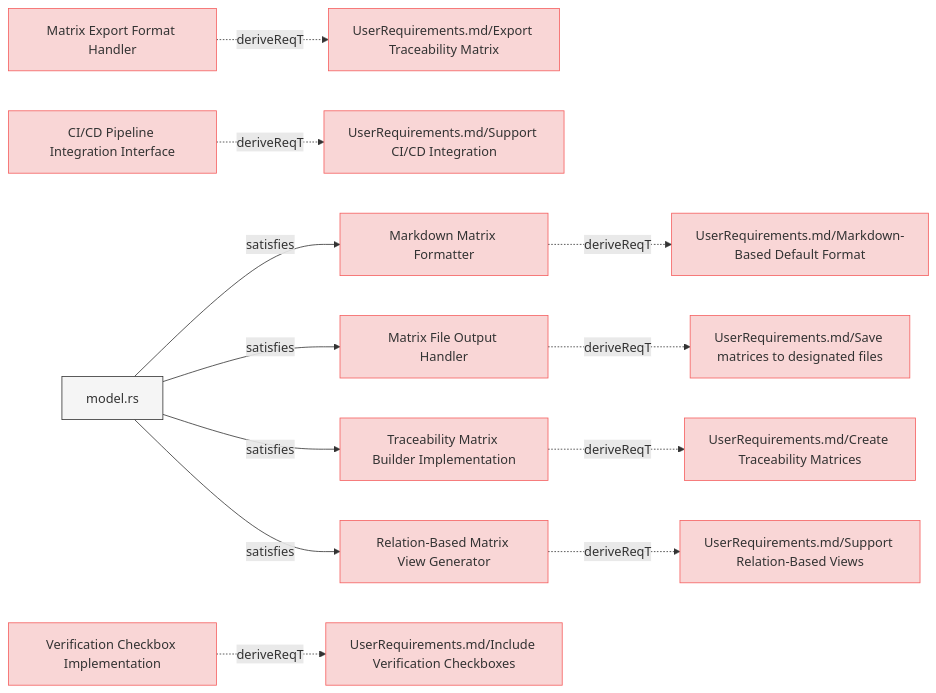
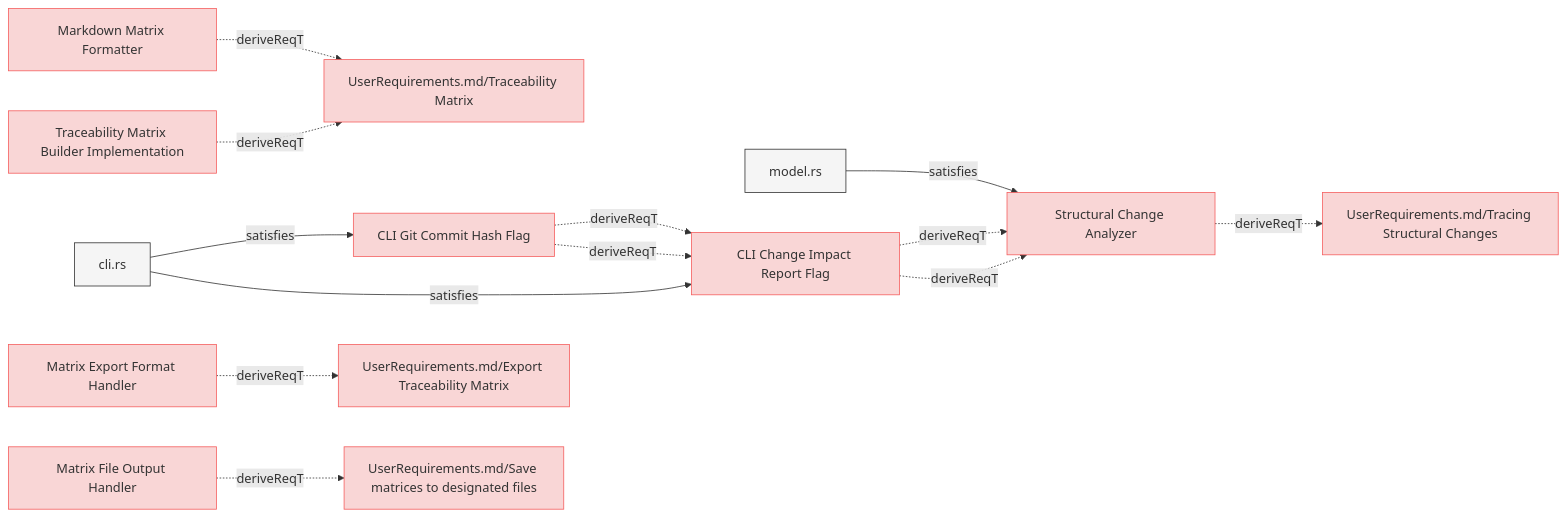
The sixth of 8 diagrams in specifications/SystemRequirements/Requirements.md (reqvire-org/reqvire), drawn with Mermaid before and after one commit. The commit also changed other lines of this file and 11 other files, not shown here.

````diff
--- a/specifications/SystemRequirements/Requirements.md
+++ b/specifications/SystemRequirements/Requirements.md
@@ -778,64 +771,60 @@
 ```mermaid
 graph LR;
   %% Graph styling
   classDef requirement fill:#f9d6d6,stroke:#f55f5f,stroke-width:1px;
   classDef verification fill:#d6f9d6,stroke:#5fd75f,stroke-width:1px;
   classDef externalLink fill:#d0e0ff,stroke:#3080ff,stroke-width:1px;
   classDef default fill:#f5f5f5,stroke:#333333,stroke-width:1px;
+
+  918cc4a26d["Structural Change Analyzer"];
+  click 918cc4a26d "Requirements.md#structural-change-analyzer";
+  class 918cc4a26d requirement;
+  91ebf7e73d["UserRequirements.md/Tracing Structural Changes"];
+  class 91ebf7e73d requirement;
+  click 91ebf7e73d "../UserRequirements.md#tracing-structural-changes";
+  918cc4a26d -.->|deriveReqT| 91ebf7e73d;
+  501c373c2d["model.rs"];
+  class 501c373c2d default;
+  click 501c373c2d "../../src/change_impact.rs";
+  501c373c2d -->|satisfies| 918cc4a26d;
+  665b7456c9["CLI Change Impact Report Flag"];
+  class 665b7456c9 requirement;
+  click 665b7456c9 "Requirements.md#cli-change-impact-report-flag";
+  665b7456c9 -.->|deriveReqT| 918cc4a26d;
+  b8b4018461["CLI Git Commit Hash Flag"];
+  click b8b4018461 "Requirements.md#cli-git-commit-hash-flag";
+  class b8b4018461 requirement;
+  b8b4018461 -.->|deriveReqT| 665b7456c9;
+  6b749da146["cli.rs"];
+  class 6b749da146 default;
+  click 6b749da146 "../../src/cli.rs";
+  6b749da146 -->|satisfies| b8b4018461;
+  665b7456c9 -.->|deriveReqT| 918cc4a26d;
+  6b749da146 -->|satisfies| 665b7456c9;
+  b8b4018461 -.->|deriveReqT| 665b7456c9;
   d7e5fbf806["Markdown Matrix Formatter"];
   click d7e5fbf806 "Requirements.md#markdown-matrix-formatter";
   class d7e5fbf806 requirement;
-  c7a213987b["UserRequirements.md/Markdown-Based Default Format"];
-  class c7a213987b requirement;
-  click c7a213987b "../UserRequirements.md#markdown-based-default-format";
-  d7e5fbf806 -.->|deriveReqT| c7a213987b;
-  74b4dd6a32["model.rs"];
-  class 74b4dd6a32 default;
-  click 74b4dd6a32 "../../src/model.rs";
-  74b4dd6a32 -->|satisfies| d7e5fbf806;
+  ba40352f8e["UserRequirements.md/Traceability Matrix"];
+  class ba40352f8e requirement;
+  click ba40352f8e "../UserRequirements.md#traceability-matrix";
+  d7e5fbf806 -.->|deriveReqT| ba40352f8e;
   8897111f9b["Matrix Export Format Handler"];
   click 8897111f9b "Requirements.md#matrix-export-format-handler";
   class 8897111f9b requirement;
   4b7b432817["UserRequirements.md/Export Traceability Matrix"];
   class 4b7b432817 requirement;
   click 4b7b432817 "../UserRequirements.md#export-traceability-matrix";
   8897111f9b -.->|deriveReqT| 4b7b432817;
-  4edf5c26da["CI/CD Pipeline Integration Interface"];
-  click 4edf5c26da "Requirements.md#ci/cd-pipeline-integration-interface";
-  class 4edf5c26da requirement;
-  33733d2f42["UserRequirements.md/Support CI/CD Integration"];
-  class 33733d2f42 requirement;
-  click 33733d2f42 "../UserRequirements.md#support-ci/cd-integration";
-  4edf5c26da -.->|deriveReqT| 33733d2f42;
   83a2343e97["Matrix File Output Handler"];
   click 83a2343e97 "Requirements.md#matrix-file-output-handler";
   class 83a2343e97 requirement;
   c4b025f6ac["UserRequirements.md/Save matrices to designated files"];
   class c4b025f6ac requirement;
   click c4b025f6ac "../UserRequirements.md#save-matrices-to-designated-files";
   83a2343e97 -.->|deriveReqT| c4b025f6ac;
-  74b4dd6a32 -->|satisfies| 83a2343e97;
   5eca866a03["Traceability Matrix Builder Implementation"];
   click 5eca866a03 "Requirements.md#traceability-matrix-builder-implementation";
   class 5eca866a03 requirement;
-  9fe409695e["UserRequirements.md/Create Traceability Matrices"];
-  class 9fe409695e requirement;
-  click 9fe409695e "../UserRequirements.md#create-traceability-matrices";
-  5eca866a03 -.->|deriveReqT| 9fe409695e;
-  74b4dd6a32 -->|satisfies| 5eca866a03;
-  3feb0576ff["Verification Checkbox Implementation"];
-  click 3feb0576ff "Requirements.md#verification-checkbox-implementation";
-  class 3feb0576ff requirement;
-  273dcdad7a["UserRequirements.md/Include Verification Checkboxes"];
-  class 273dcdad7a requirement;
-  click 273dcdad7a "../UserRequirements.md#include-verification-checkboxes";
-  3feb0576ff -.->|deriveReqT| 273dcdad7a;
-  dd7b536571["Relation-Based Matrix View Generator"];
-  click dd7b536571 "Requirements.md#relation-based-matrix-view-generator";
-  class dd7b536571 requirement;
-  fc0d98c588["UserRequirements.md/Support Relation-Based Views"];
-  class fc0d98c588 requirement;
-  click fc0d98c588 "../UserRequirements.md#support-relation-based-views";
-  dd7b536571 -.->|deriveReqT| fc0d98c588;
-  74b4dd6a32 -->|satisfies| dd7b536571;
+  5eca866a03 -.->|deriveReqT| ba40352f8e;
 ```
````
